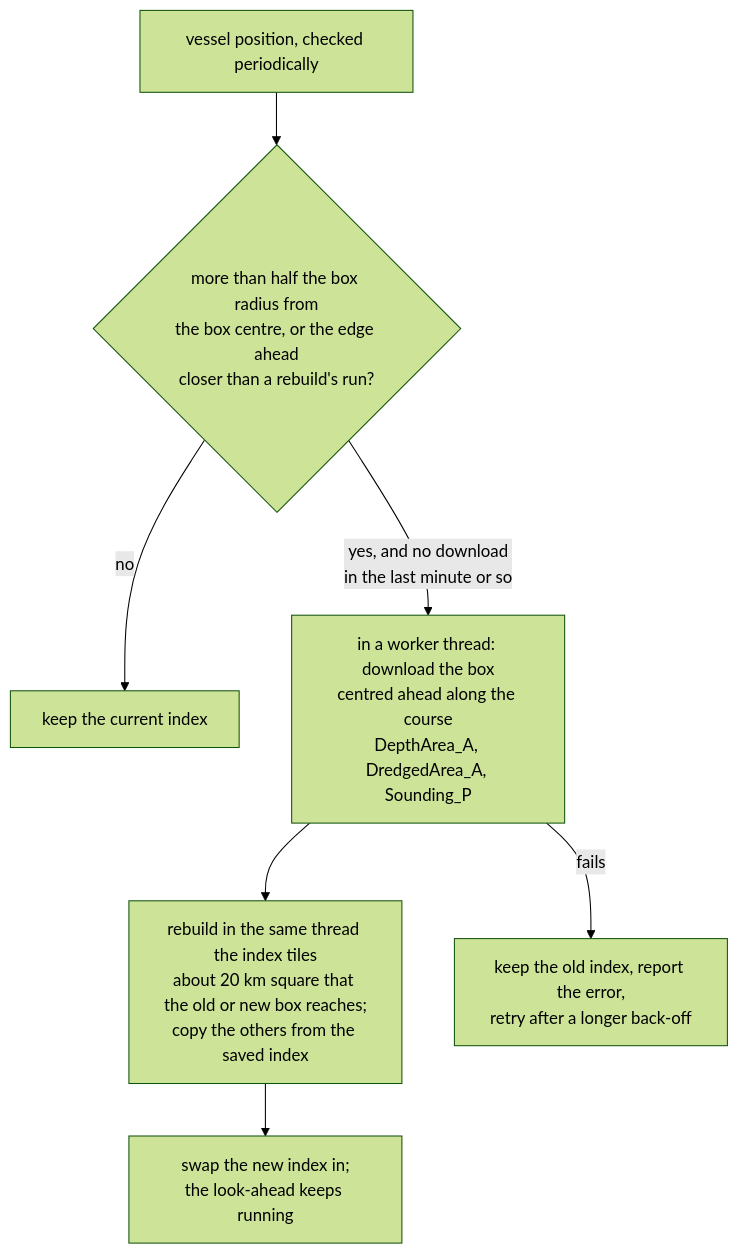
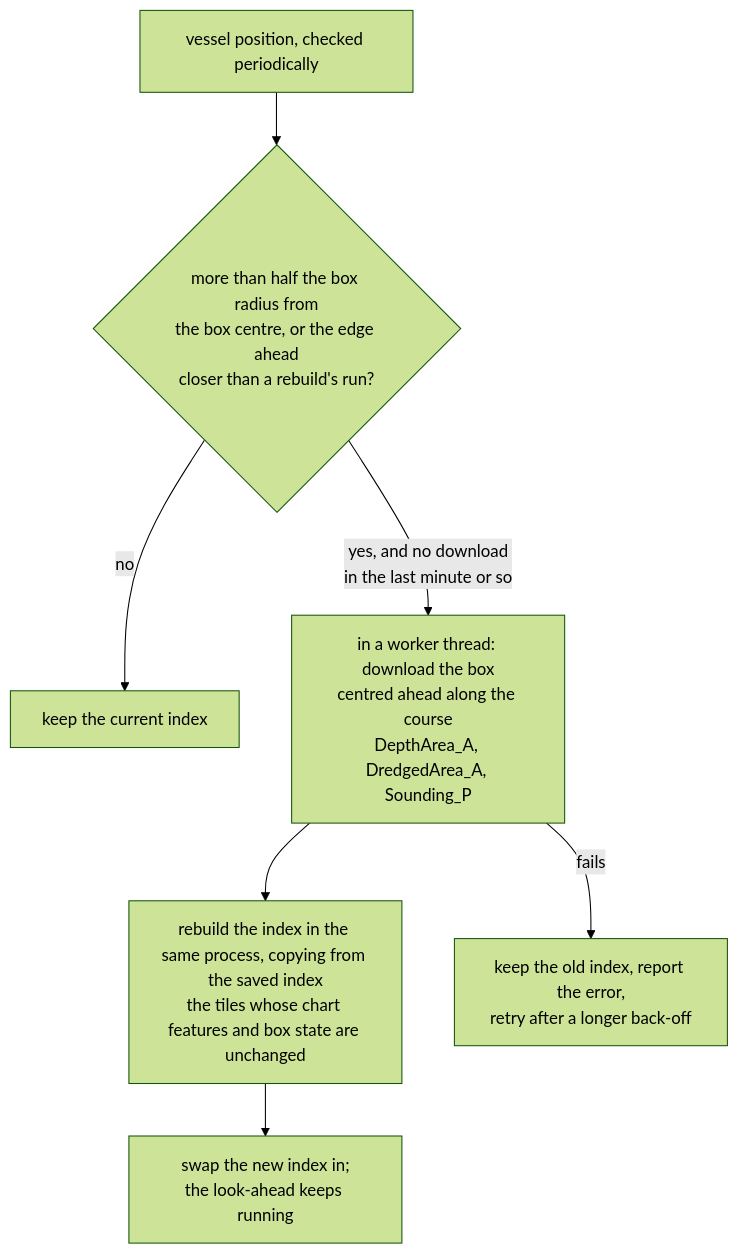
One commit to KEGustafsson/signalk-underkeel changed the sixth of 6 diagrams in docs/HOW-IT-WORKS.md. Above: the diagram before and after it, drawn with Mermaid (forest theme). The commit also changed other lines of this file and 2 other files, not shown here.

First line of the commit message:
Document tile reuse on chart box refresh

````diff
--- a/docs/HOW-IT-WORKS.md
+++ b/docs/HOW-IT-WORKS.md
@@ -768,9 +768,9 @@
 ```mermaid
 flowchart TD
   P[vessel position, checked periodically] --> D{more than half the box radius from<br/>the box centre, or the edge ahead<br/>closer than a rebuild's run?}
   D -- no --> KEEP[keep the current index]
   D -- yes, and no download<br/>in the last minute or so --> W[in a worker thread: download the box<br/>centred ahead along the course<br/>DepthArea_A, DredgedArea_A, Sounding_P]
-  W --> B[rebuild in the same thread the index tiles<br/>about 20 km square that the old or new box reaches;<br/>copy the others from the saved index]
+  W --> B[rebuild the index in the same process, copying from the saved index<br/>the tiles whose chart features and box state are unchanged]
   B --> S[swap the new index in;<br/>the look-ahead keeps running]
   W -- fails --> E[keep the old index, report the error,<br/>retry after a longer back-off]
 ```
````
